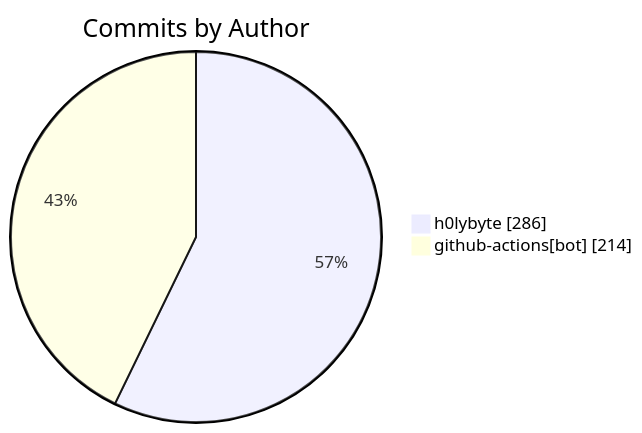
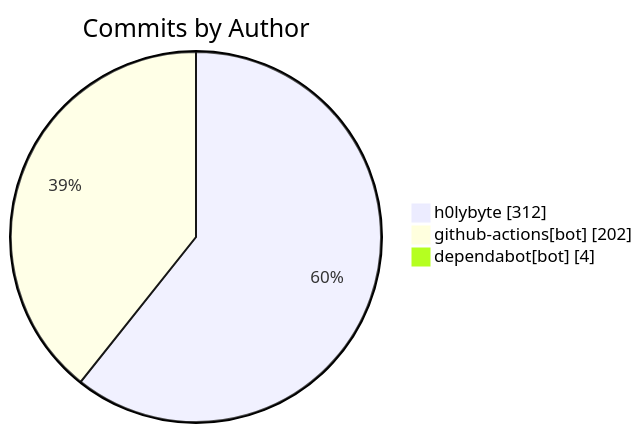
The diagram in apps/kbve/astro-kbve/src/content/docs/dashboard/activity.mdx (KBVE/kbve), drawn with Mermaid before and after one commit. The commit also changed other lines of this file and 1 other file, not shown here.

````diff
--- a/apps/kbve/astro-kbve/src/content/docs/dashboard/activity.mdx
+++ b/apps/kbve/astro-kbve/src/content/docs/dashboard/activity.mdx
@@ -116,6 +126,7 @@
 ```mermaid
 pie showData
     title Commits by Author
-    "h0lybyte" : 286
-    "github-actions[bot]" : 214
+    "h0lybyte" : 312
+    "github-actions[bot]" : 202
+    "dependabot[bot]" : 4
 ```
````
